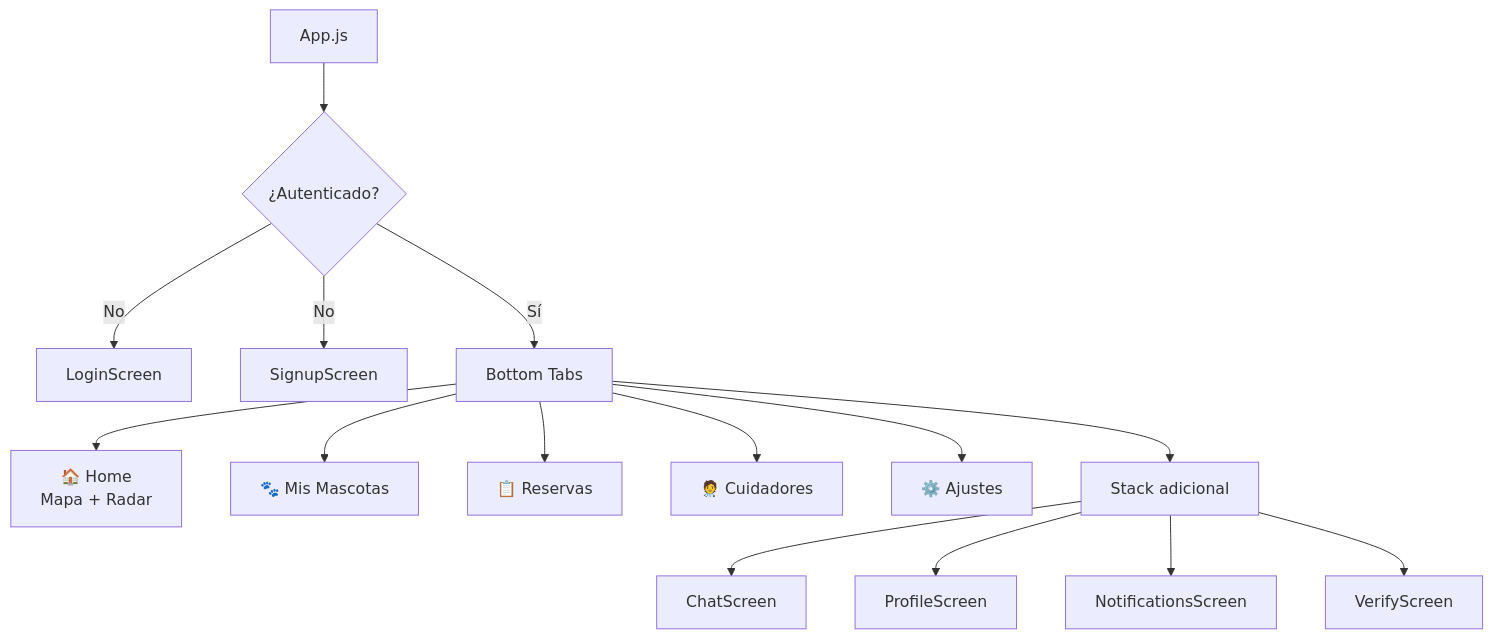
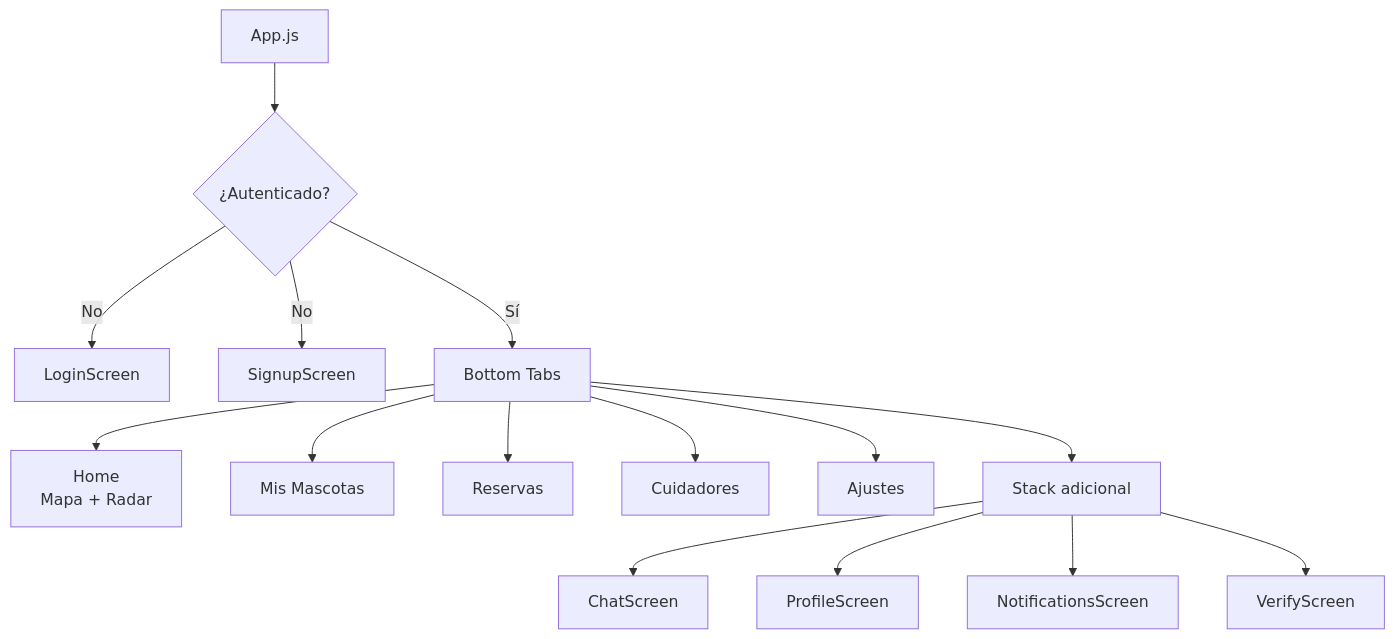
Diagram 12 of 16 in docstecnica.md (msabbar02/PawMate), drawn with Mermaid before and after one commit. The commit also changed other lines of this file and 32 other files, not shown here.

````diff
--- a/docstecnica.md
+++ b/docstecnica.md
@@ -355,17 +355,17 @@
 ```mermaid
 flowchart TD
     Root[App.js] --> Auth{¿Autenticado?}
     Auth -->|No| Login[LoginScreen]
     Auth -->|No| Signup[SignupScreen]
     Auth -->|Sí| Tabs[Bottom Tabs]
-    Tabs --> Home[🏠 Home<br/>Mapa + Radar]
-    Tabs --> Pets[🐾 Mis Mascotas]
-    Tabs --> Books[📋 Reservas]
-    Tabs --> Care[🧑‍⚕️ Cuidadores]
-    Tabs --> Set[⚙️ Ajustes]
+    Tabs --> Home[Home<br/>Mapa + Radar]
+    Tabs --> Pets[Mis Mascotas]
+    Tabs --> Books[Reservas]
+    Tabs --> Care[Cuidadores]
+    Tabs --> Set[Ajustes]
     Tabs --> Stack[Stack adicional]
     Stack --> Chat[ChatScreen]
     Stack --> Profile[ProfileScreen]
     Stack --> Notif[NotificationsScreen]
     Stack --> Verify[VerifyScreen]
 ```
````
